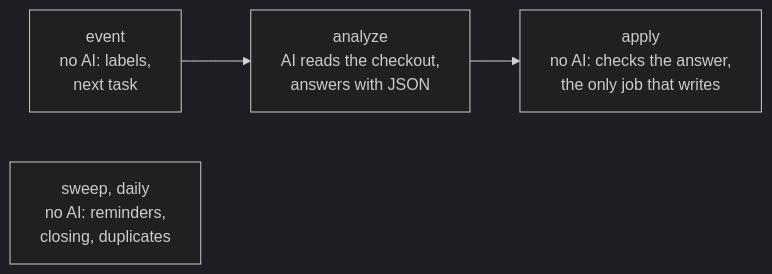
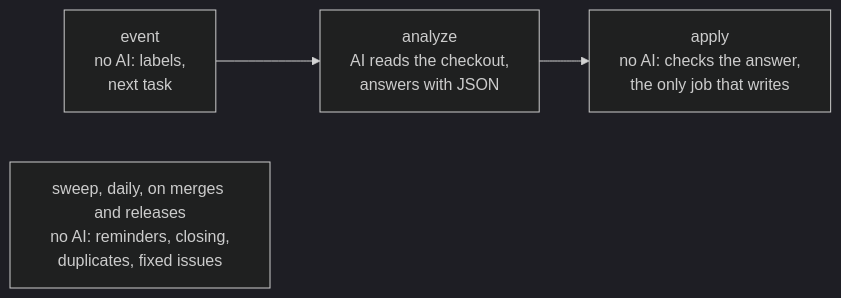
The diagram in README.md (Dennis-Otto/issue-assistant), drawn with Mermaid (dark theme) before and after one commit. The commit also changed other lines of this file and 14 other files, not shown here.

````diff
--- a/README.md
+++ b/README.md
@@ -20,6 +21,6 @@
 ```mermaid
 flowchart LR
   E["event<br/>no AI: labels,<br/>next task"] --> A["analyze<br/>AI reads the checkout,<br/>answers with JSON"]
   A --> P["apply<br/>no AI: checks the answer,<br/>the only job that writes"]
-  S["sweep, daily<br/>no AI: reminders,<br/>closing, duplicates"]
+  S["sweep, daily, on merges and releases<br/>no AI: reminders, closing,<br/>duplicates, fixed issues"]
 ```
````
